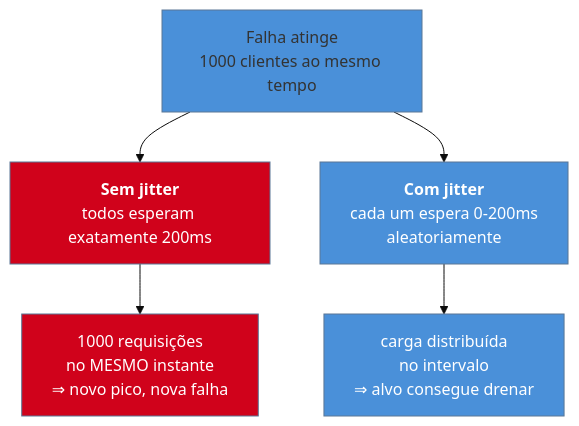
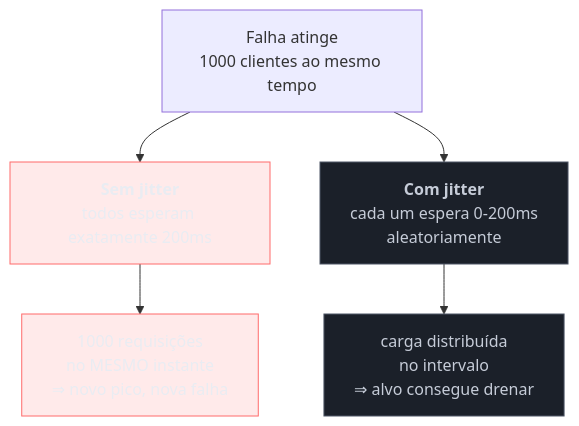
One commit to josenaldo/codex-technomanticus changed the diagram in 03-Dominios/Engenharia/Design de Software/Padrões de Projeto/Nuvem e Resiliência/03 - Retry.md. Above: the diagram before and after it, drawn with Mermaid. The commit also changed 1181 other files, not shown here.

First line of the commit message:
fix(diagramas): paleta do sistema no lugar de cor cravada no markdown

````diff
--- a/03-Dominios/Engenharia/Design de Software/Padrões de Projeto/Nuvem e Resiliência/03 - Retry.md
+++ b/03-Dominios/Engenharia/Design de Software/Padrões de Projeto/Nuvem e Resiliência/03 - Retry.md
@@ -48,13 +48,14 @@
 ```mermaid
-%%{init: {"theme": "base", "themeVariables": {"primaryColor": "#4A90D9"}}}%%
 graph TD
+    classDef falha fill:#FF6B6B24,stroke:#FF6B6B,color:#E9ECF2
+    classDef neutro fill:#1B2029,stroke:#4E5666,color:#C6CCD8
     F["Falha atinge<br/>1000 clientes ao mesmo tempo"] --> S["<b>Sem jitter</b><br/>todos esperam exatamente 200ms"]
     F --> J["<b>Com jitter</b><br/>cada um espera 0-200ms<br/>aleatoriamente"]
     S --> P["1000 requisições<br/>no MESMO instante<br/>⇒ novo pico, nova falha"]
     J --> D["carga distribuída<br/>no intervalo<br/>⇒ alvo consegue drenar"]
 
-    style S fill:#D0021B,color:#fff
-    style P fill:#D0021B,color:#fff
-    style J fill:#4A90D9,color:#fff
-    style D fill:#4A90D9,color:#fff
+    class S falha
+    class P falha
+    class J neutro
+    class D neutro
 ```
````
